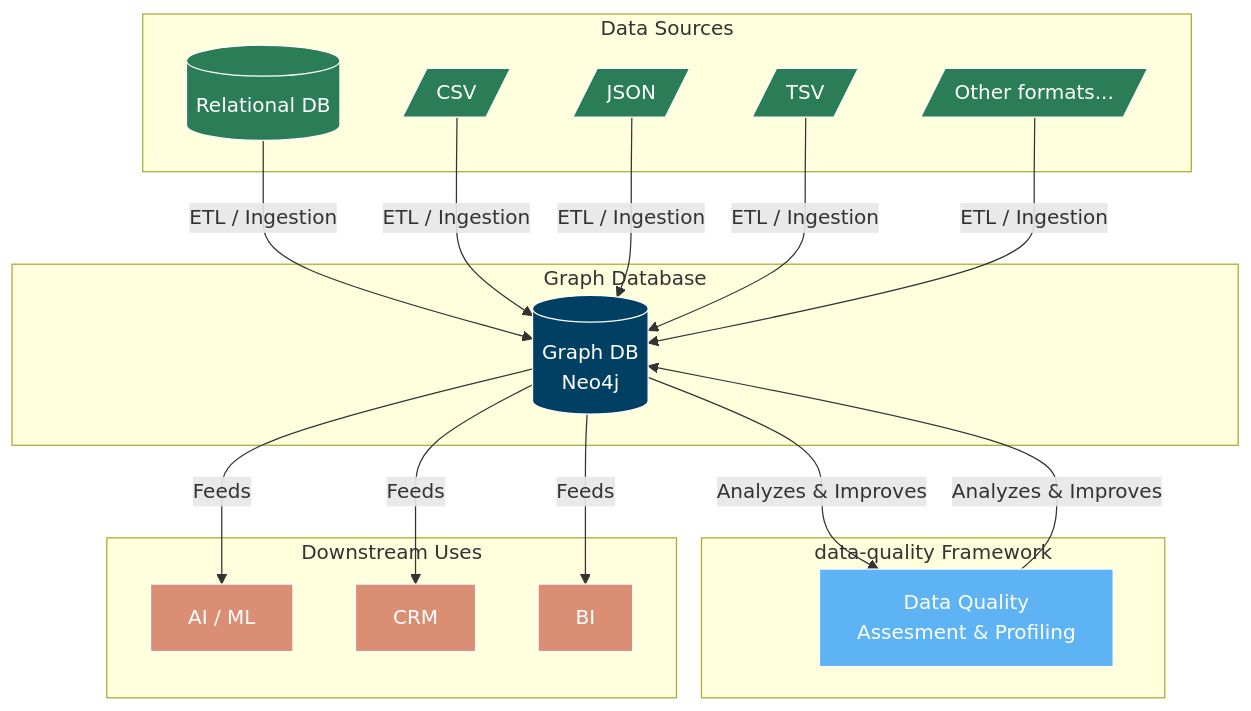
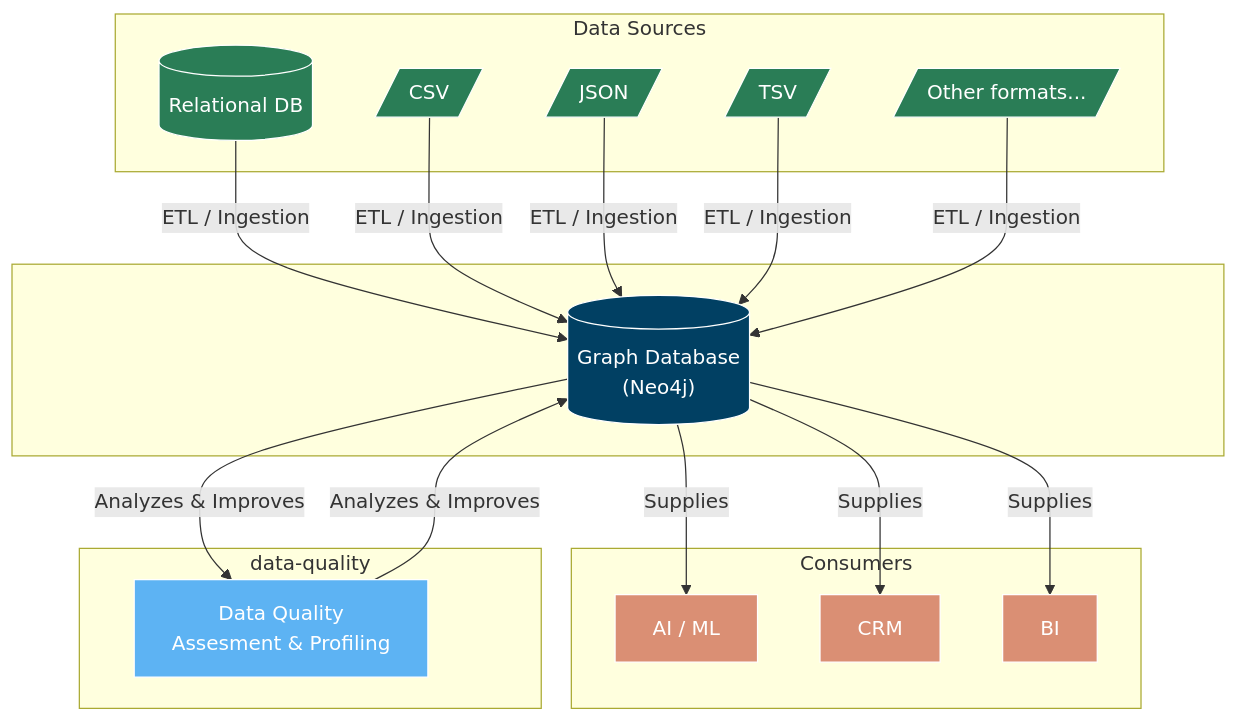
One commit to LugolBis/data-quality changed the diagram in README.md. Above: the diagram before and after it, drawn with Mermaid.

````diff
--- a/README.md
+++ b/README.md
@@ -6,50 +6,50 @@
 ```mermaid
 flowchart TD
     subgraph SOURCES["Data Sources"]
         DB[(Relational DB)]
         CSV[/CSV/]
         JSON[/JSON/]
         TSV[/TSV/]
         OTHER[/Other formats.../]
     end
 
-    subgraph GRAPH["Graph Database"]
-        NEO4J[(Graph DB\nNeo4j)]
+    subgraph GRAPH[ ]
+        NEO4J[("Graph Database\n(Neo4j)")]
     end
 
-    subgraph FRAMEWORK["data-quality Framework"]
-        DQ[Data Quality\nAssesment & Profiling]
-    end
-
-    subgraph USAGES["Downstream Uses"]
+    subgraph USAGES["Consumers"]
         AI[AI / ML]
         CRM[CRM]
         BI[BI]
+    end
+
+    subgraph FRAMEWORK[data-quality]
+        DQ[Data Quality\nAssesment & Profiling]
     end
 
     DB -->|ETL / Ingestion| NEO4J
     CSV -->|ETL / Ingestion| NEO4J
     JSON -->|ETL / Ingestion| NEO4J
     TSV -->|ETL / Ingestion| NEO4J
     OTHER -->|ETL / Ingestion| NEO4J
 
     NEO4J -->|Analyzes & Improves| DQ
     DQ -->|Analyzes & Improves| NEO4J
 
-    NEO4J -->|Feeds| AI
-    NEO4J -->|Feeds| CRM
-    NEO4J -->|Feeds| BI
+    NEO4J -->|Supplies| AI
+    NEO4J -->|Supplies| CRM
+    NEO4J -->|Supplies| BI
     
     style DB fill:#2a7d56,stroke:#ffffff,color:#ffffff,stroke-width:1px
     style CSV fill:#2a7d56,stroke:#ffffff,color:#ffffff,stroke-width:1px
     style JSON fill:#2a7d56,stroke:#ffffff,color:#ffffff,stroke-width:1px
     style TSV fill:#2a7d56,stroke:#ffffff,color:#ffffff,stroke-width:1px
     style OTHER fill:#2a7d56,stroke:#ffffff,color:#ffffff,stroke-width:1px
 
     style AI fill:#da8f74,stroke:#ffffff,color:#ffffff,stroke-width:1px
     style BI fill:#da8f74,stroke:#ffffff,color:#ffffff,stroke-width:1px
     style CRM fill:#da8f74,stroke:#ffffff,color:#ffffff,stroke-width:1px
 
     style NEO4J fill:#014063,stroke:#ffffff,color:#ffffff,stroke-width:1px
     style DQ fill:#5db3f3,stroke:#ffffff,color:#ffffff,stroke-width:1px
 ```
````
